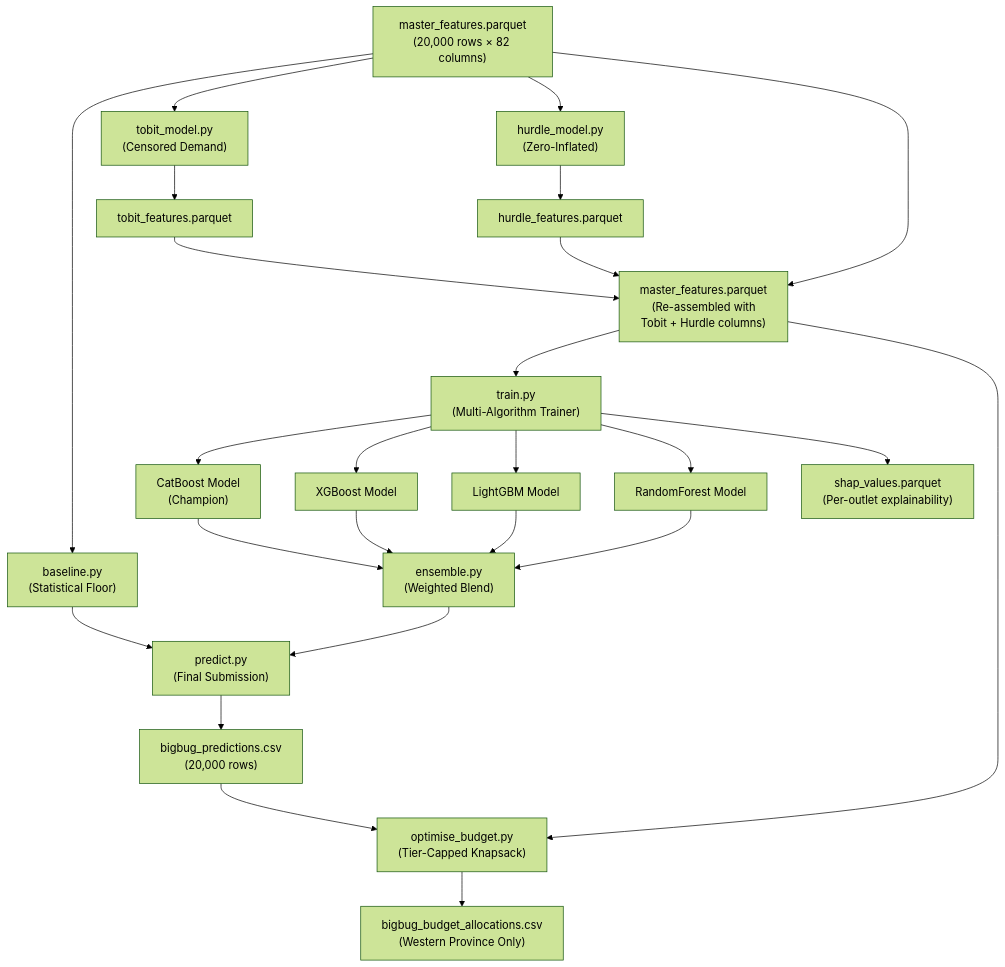
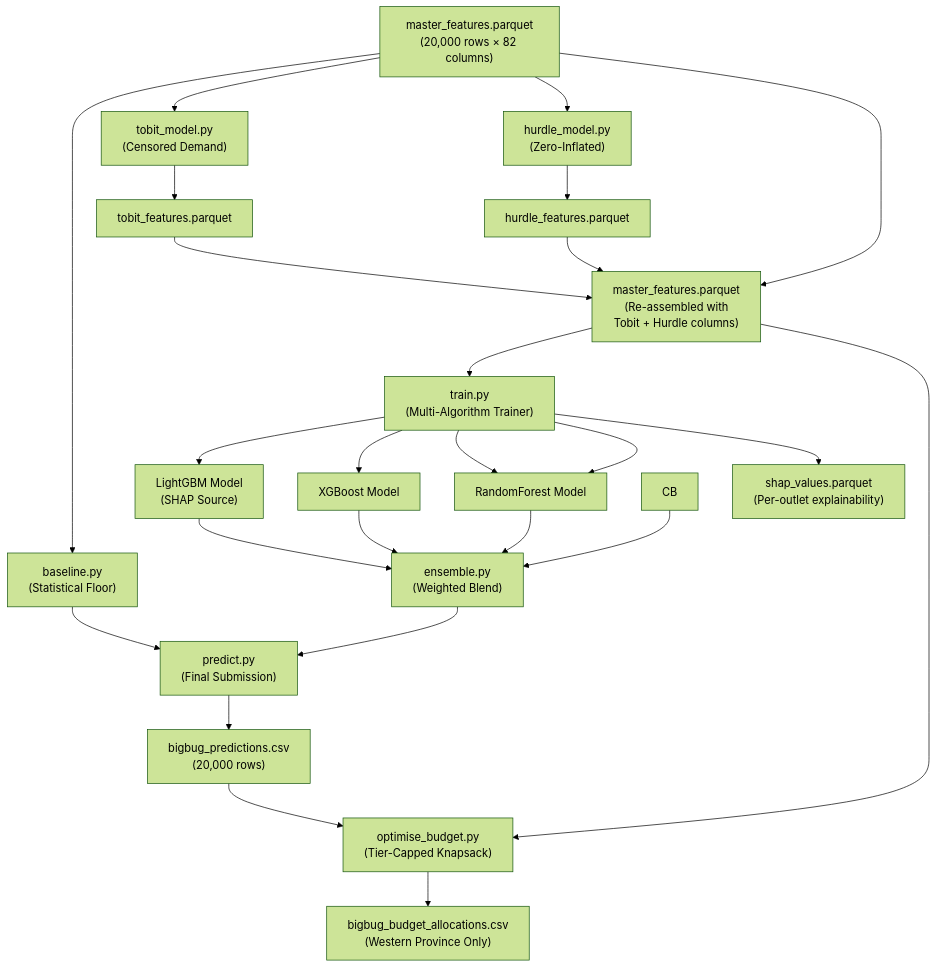
One commit to The-DarK-Knight-2K/BigBugDataStorm changed the first of 36 diagrams in docs/understanding/modelling_layer_details.md. Above: the diagram before and after it, drawn with Mermaid (forest theme). The commit also changed other lines of this file and 12 other files, not shown here.

````diff
--- a/docs/understanding/modelling_layer_details.md
+++ b/docs/understanding/modelling_layer_details.md
@@ -9,37 +9,37 @@
 ```mermaid
 graph TD
     MF["master_features.parquet\n(20,000 rows × 82 columns)"] --> BL["baseline.py\n(Statistical Floor)"]
     MF --> TM["tobit_model.py\n(Censored Demand)"]
     MF --> HM["hurdle_model.py\n(Zero-Inflated)"]
     
     TM --> TF["tobit_features.parquet"]
     HM --> HF["hurdle_features.parquet"]
     
     TF --> MF2["master_features.parquet\n(Re-assembled with\nTobit + Hurdle columns)"]
     HF --> MF2
     MF --> MF2
     
     MF2 --> TR["train.py\n(Multi-Algorithm Trainer)"]
     
-    TR --> CB["CatBoost Model\n(Champion)"]
+    TR --> LG["LightGBM Model\n(SHAP Source)"]
     TR --> XG["XGBoost Model"]
-    TR --> LG["LightGBM Model"]
+    TR --> RF["RandomForest Model"]
     TR --> RF["RandomForest Model"]
     
     TR --> SHAP["shap_values.parquet\n(Per-outlet explainability)"]
     
     CB --> EN["ensemble.py\n(Weighted Blend)"]
     XG --> EN
     LG --> EN
     RF --> EN
     
     EN --> PR["predict.py\n(Final Submission)"]
     BL --> PR
     
     PR --> OUT["bigbug_predictions.csv\n(20,000 rows)"]
     
     OUT --> BU["optimise_budget.py\n(Tier-Capped Knapsack)"]
     MF2 --> BU
     
     BU --> BOUT["bigbug_budget_allocations.csv\n(Western Province Only)"]
 ```
````
